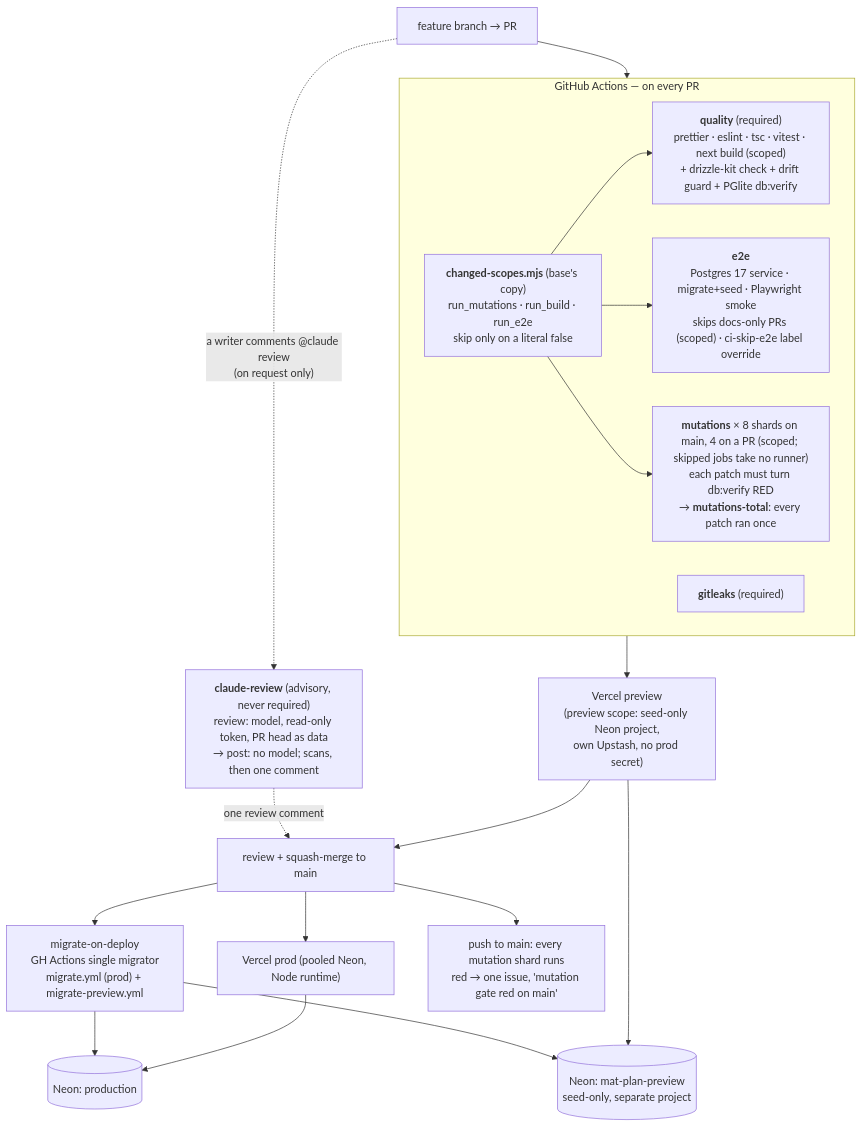
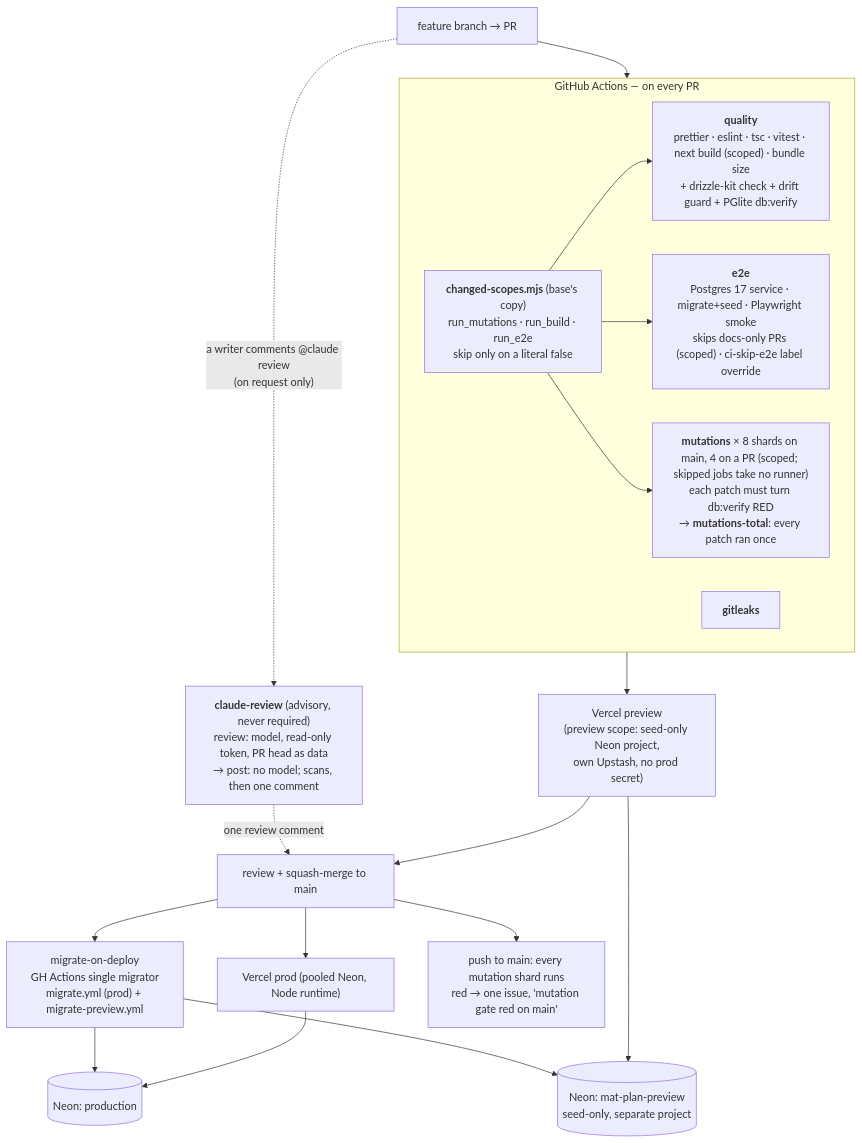
Diagram 17 of 21 in docs/architecture.md (ralamode/mat-plan), drawn with Mermaid before and after one commit. The commit also changed 9 other files, not shown here.

First line of the commit message:
docs(perf): record the bundle-size check where ci, review and the debt ledger point

````diff
--- a/docs/architecture.md
+++ b/docs/architecture.md
@@ -844,25 +844,25 @@
 ```mermaid
 flowchart TB
   DEV["feature branch → PR"] --> CI
   subgraph CI["GitHub Actions — on every PR"]
     S["<b>changed-scopes.mjs</b> (base's copy)<br/>run_mutations · run_build · run_e2e<br/>skip only on a literal false"]
-    Q["<b>quality</b> (required)<br/>prettier · eslint · tsc · vitest · next build (scoped)<br/>+ drizzle-kit check + drift guard + PGlite db:verify"]
+    Q["<b>quality</b><br/>prettier · eslint · tsc · vitest · next build (scoped) · bundle size<br/>+ drizzle-kit check + drift guard + PGlite db:verify"]
     E["<b>e2e</b><br/>Postgres 17 service · migrate+seed · Playwright smoke<br/>skips docs-only PRs (scoped) · ci-skip-e2e label override"]
     M["<b>mutations</b> × 8 shards on main, 4 on a PR (scoped; skipped jobs take no runner)<br/>each patch must turn db:verify RED<br/>→ <b>mutations-total</b>: every patch ran once"]
     S --> Q
     S --> E
     S --> M
-    G["<b>gitleaks</b> (required)"]
+    G["<b>gitleaks</b>"]
   end
   CI --> PREV["Vercel preview<br/>(preview scope: seed-only Neon project,<br/>own Upstash, no prod secret)"]
   DEV -. "a writer comments @claude review<br/>(on request only)" .-> CR["<b>claude-review</b> (advisory, never required)<br/>review: model, read-only token, PR head as data<br/>→ post: no model; scans, then one comment"]
   CR -. "one review comment" .-> REV
   PREV --> REV["review + squash-merge to main"]
   REV --> MIG["migrate-on-deploy<br/>GH Actions single migrator<br/>migrate.yml (prod) + migrate-preview.yml"]
   REV --> PROD["Vercel prod (pooled Neon, Node runtime)"]
   REV --> MAIN["push to main: every mutation shard runs<br/>red → one issue, 'mutation gate red on main'"]
   MIG --> NEON[("Neon: production")]
   MIG --> NEONP[("Neon: mat-plan-preview<br/>seed-only, separate project")]
   PROD --> NEON
   PREV --> NEONP
 ```
````
